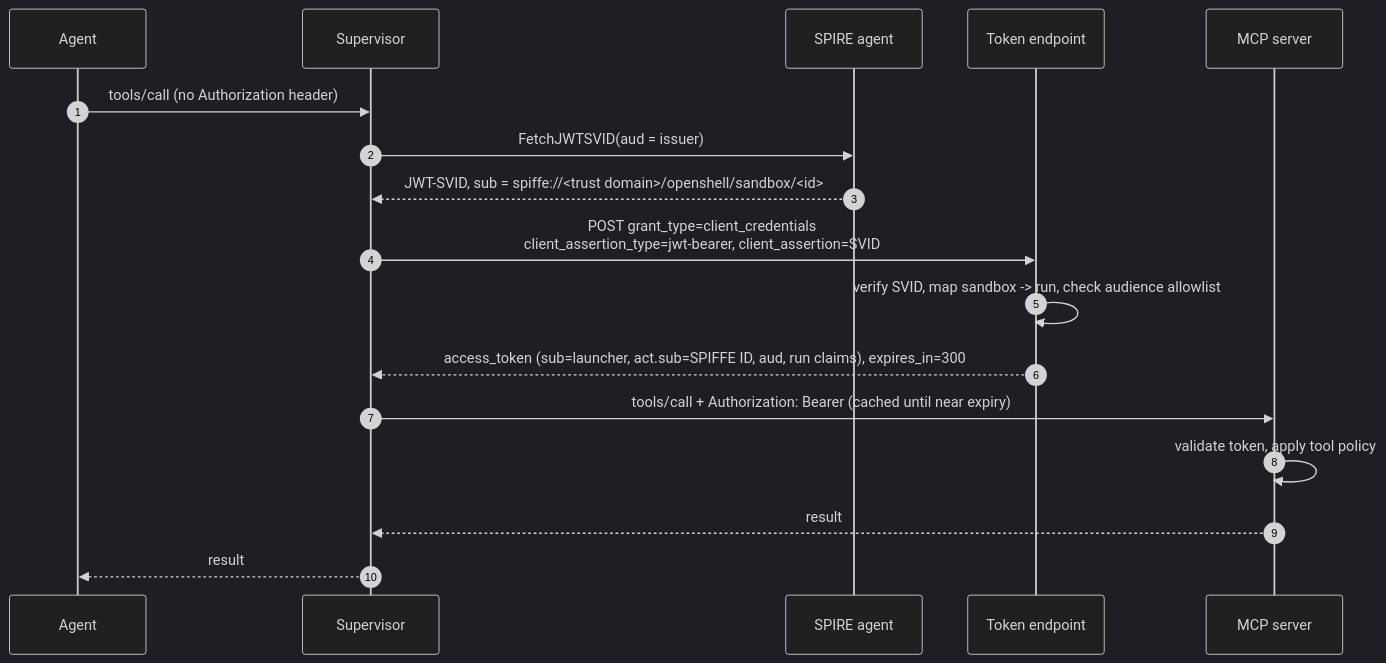
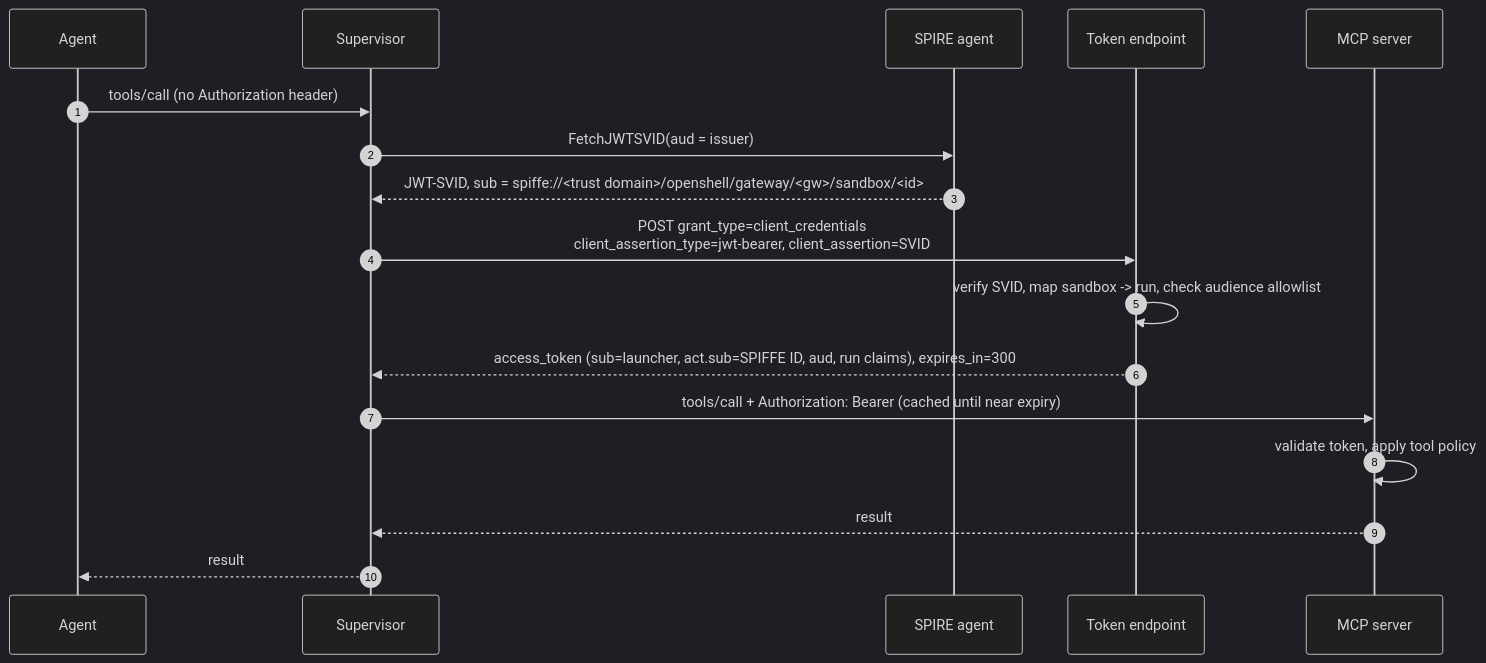
One commit to neuralmagic/crucible changed the second of 5 diagrams in crucible-mcp-auth/README.md. Above: the diagram before and after it, drawn with Mermaid (dark theme). The commit also changed other lines of this file, not shown here.

Commit message:
Describe gateway-keyed sandbox SPIFFE IDs in the auth README

````diff
--- a/crucible-mcp-auth/README.md
+++ b/crucible-mcp-auth/README.md
@@ -97,19 +97,19 @@
 ```mermaid
 sequenceDiagram
     autonumber
     participant A as Agent
     participant S as Supervisor
     participant W as SPIRE agent
     participant T as Token endpoint
     participant M as MCP server
     A->>S: tools/call (no Authorization header)
     S->>W: FetchJWTSVID(aud = issuer)
-    W-->>S: JWT-SVID, sub = spiffe://<trust domain>/openshell/sandbox/<id>
+    W-->>S: JWT-SVID, sub = spiffe://<trust domain>/openshell/gateway/<gw>/sandbox/<id>
     S->>T: POST grant_type=client_credentials<br/>client_assertion_type=jwt-bearer, client_assertion=SVID
     T->>T: verify SVID, map sandbox -> run, check audience allowlist
     T-->>S: access_token (sub=launcher, act.sub=SPIFFE ID, aud, run claims), expires_in=300
     S->>M: tools/call + Authorization: Bearer (cached until near expiry)
     M->>M: validate token, apply tool policy
     M-->>S: result
     S-->>A: result
 ```
````
